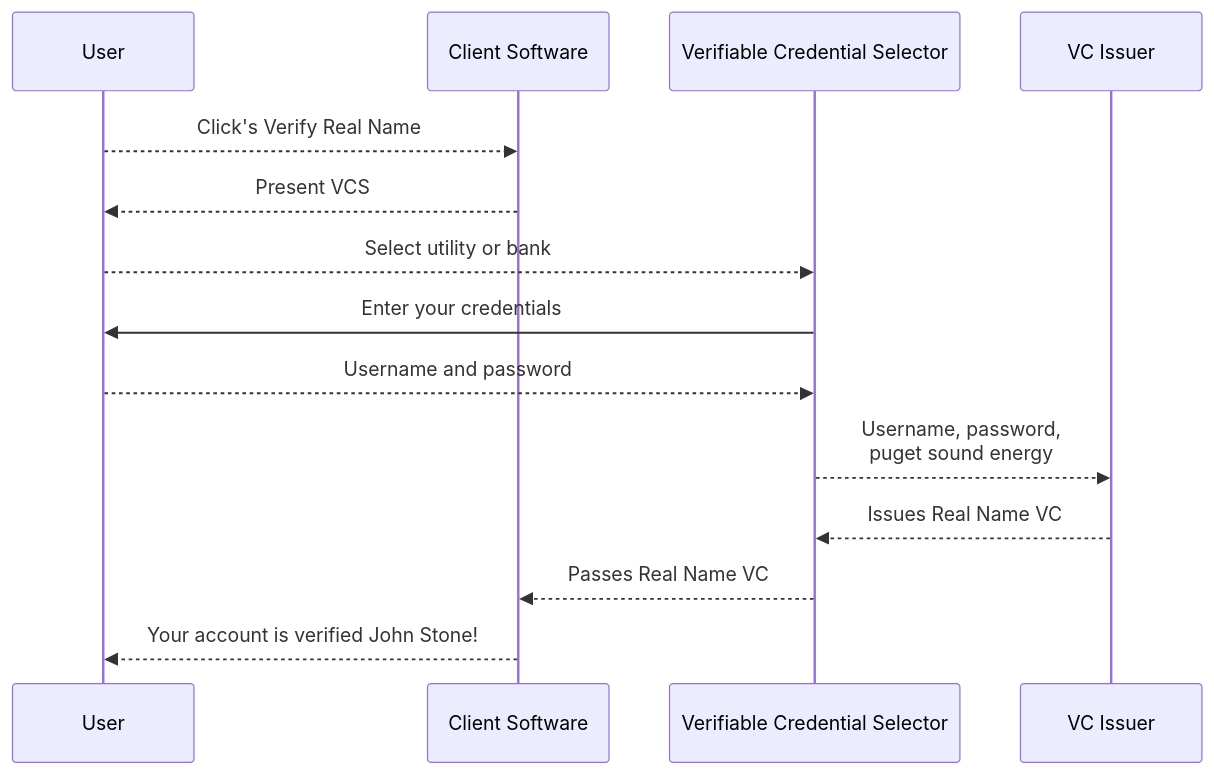
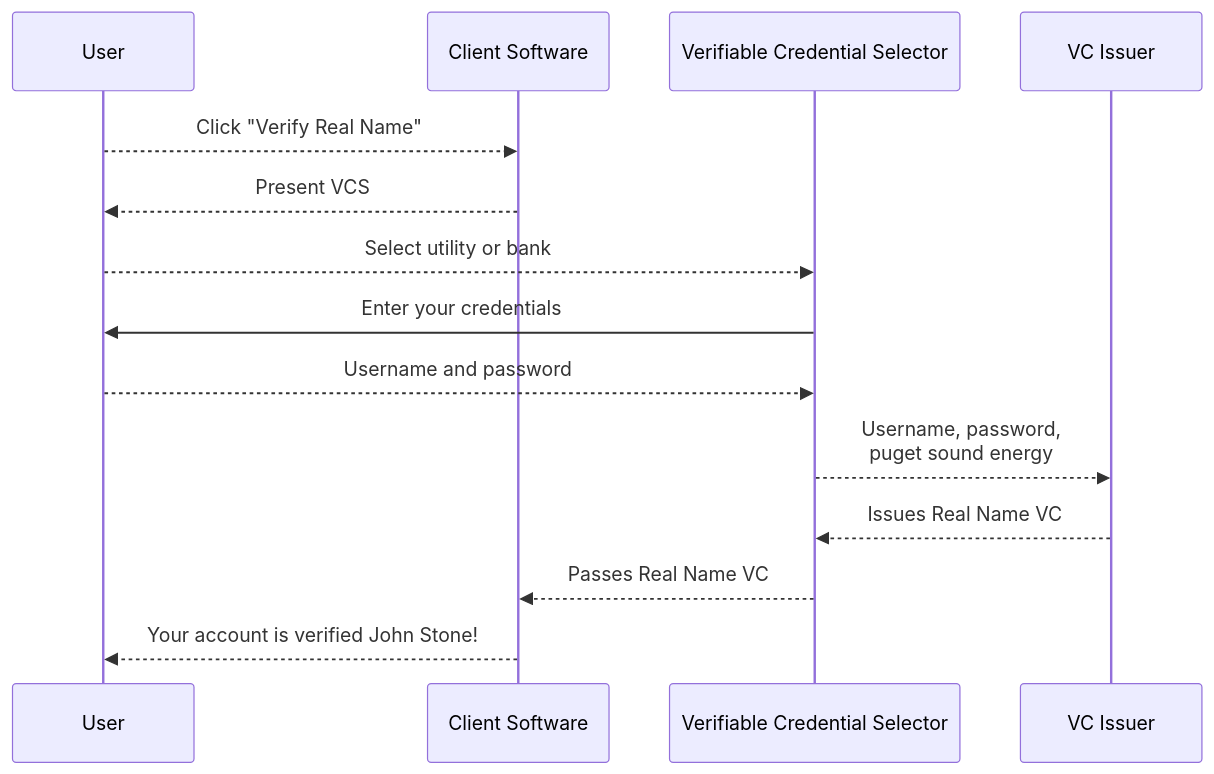
Before and after one commit to jacksophtron/open: the first of 2 diagrams in real-name-decentralized.md, drawn with Mermaid. The commit also changed other lines of this file, not shown here.

````diff
--- a/real-name-decentralized.md
+++ b/real-name-decentralized.md
@@ -15,19 +15,19 @@
 ```mermaid
 sequenceDiagram
 
 	participant User
         participant Client Software
         participant Verifiable Credential Selector 
         participant VC Issuer
 
-	User-->>Client Software: Click's Verify Real Name
+	User-->>Client Software: Click "Verify Real Name"
 	Client Software-->>User: Present VCS
 	User-->>Verifiable Credential Selector: Select utility or bank 
         Verifiable Credential Selector->>User: Enter your credentials
         User-->>Verifiable Credential Selector: Username and password
         Verifiable Credential Selector-->>VC Issuer: Username, password, <br/>puget sound energy
         VC Issuer-->>Verifiable Credential Selector: Issues Real Name VC
         Verifiable Credential Selector-->>Client Software: Passes Real Name VC
         Client Software-->>User: Your account is verified John Stone! 
 
 ```
````
